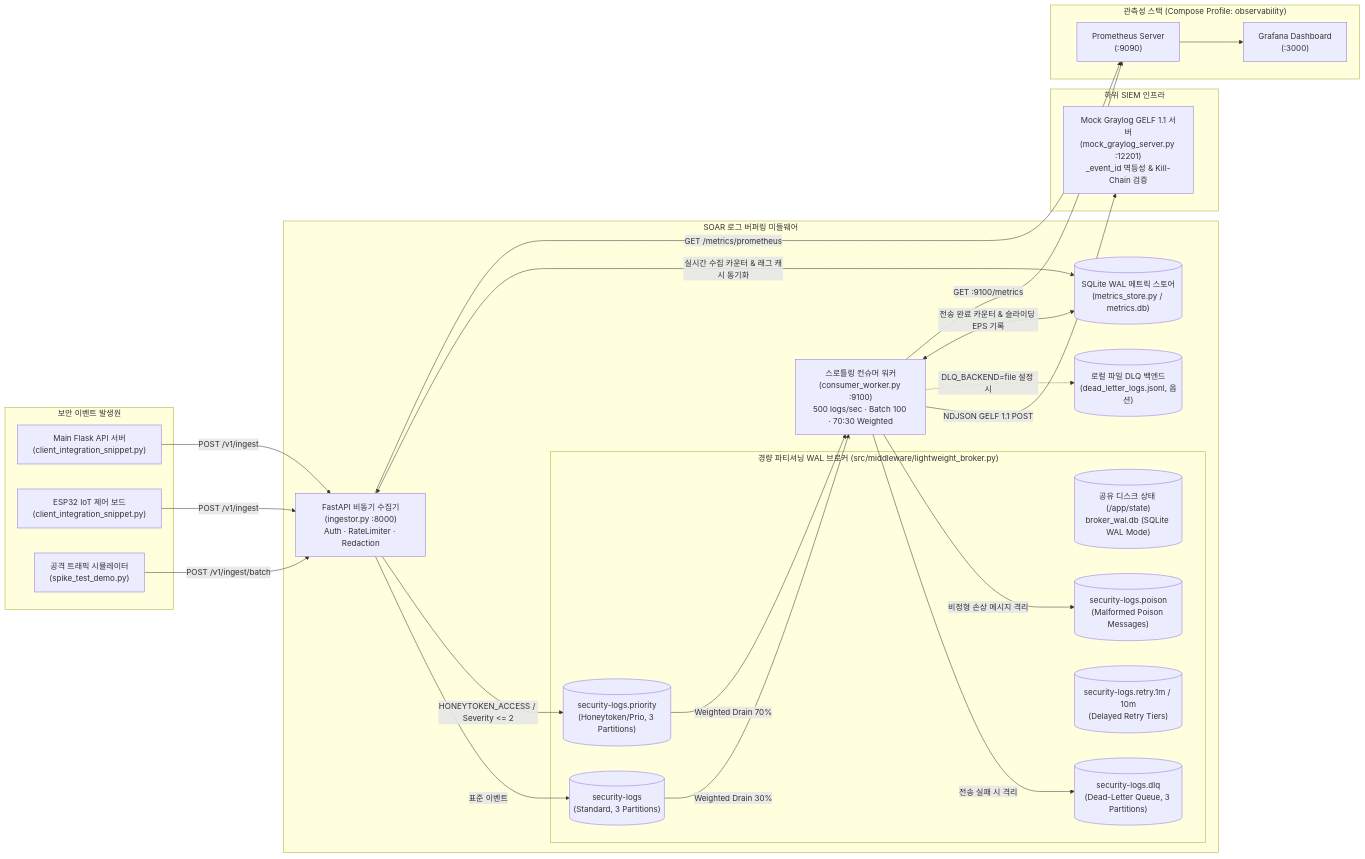
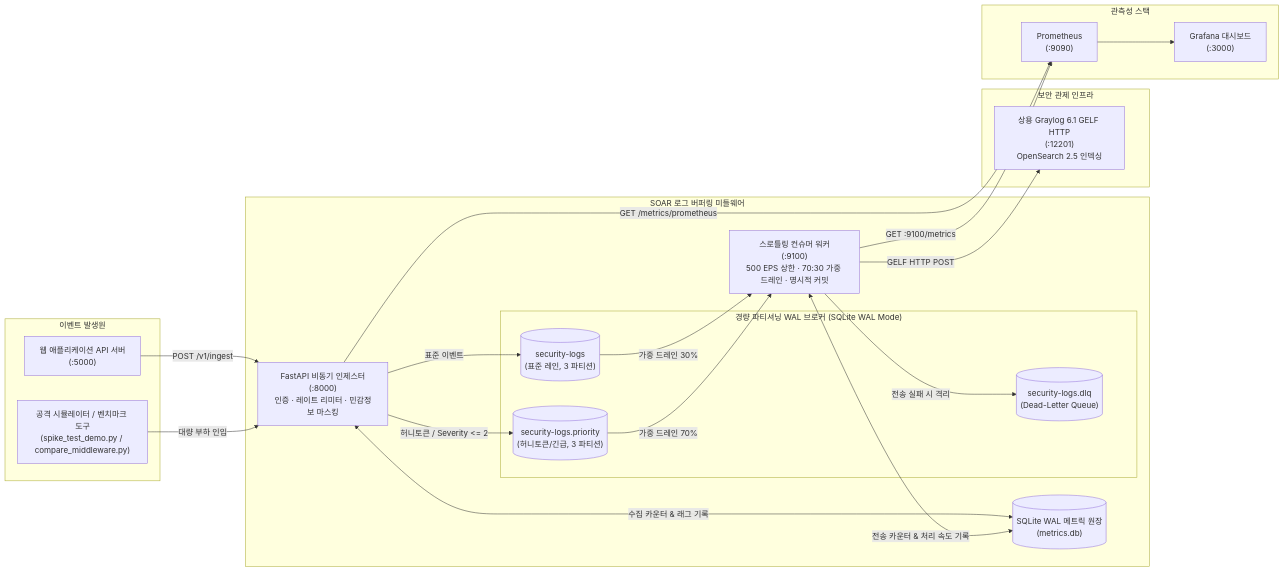
One commit to altdmfk/network-team03 changed the diagram in scenario2-middleware/README.md. Above: the diagram before and after it, drawn with Mermaid. The commit also changed other lines of this file and 1 other file, not shown here.

Commit message:
docs(middleware): README 벤치마크 실측 최신화 및 개발 일지 기술 중심 정비

````diff
--- a/scenario2-middleware/README.md
+++ b/scenario2-middleware/README.md
@@ -126,51 +108,43 @@
 ```mermaid
 flowchart LR
-    subgraph Producers["보안 이벤트 발생원"]
-        A["Main Flask API 서버<br/>(client_integration_snippet.py)"]
-        B["ESP32 IoT 제어 보드<br/>(client_integration_snippet.py)"]
-        C["공격 트래픽 시뮬레이터<br/>(spike_test_demo.py)"]
+    subgraph Producers["이벤트 발생원"]
+        A["웹 애플리케이션 API 서버<br/>(:5000)"]
+        B["공격 시뮬레이터 / 벤치마크 도구<br/>(spike_test_demo.py / compare_middleware.py)"]
     end
 
     subgraph Middleware["SOAR 로그 버퍼링 미들웨어"]
-        D["FastAPI 비동기 수집기<br/>(ingestor.py :8000)<br/>Auth · RateLimiter · Redaction"]
+        D["FastAPI 비동기 인제스터<br/>(:8000)<br/>인증 · 레이트 리미터 · 민감정보 마스킹"]
         
-        subgraph LightweightBroker["경량 파티셔닝 WAL 브로커 (src/middleware/lightweight_broker.py)"]
-            E0[("공유 디스크 상태 (/app/state)<br/>broker_wal.db (SQLite WAL Mode)")]
-            E1[("security-logs<br/>(Standard, 3 Partitions)")]
-            E2[("security-logs.priority<br/>(Honeytoken/Prio, 3 Partitions)")]
-            E3[("security-logs.dlq<br/>(Dead-Letter Queue, 3 Partitions)")]
-            E4[("security-logs.retry.1m / 10m<br/>(Delayed Retry Tiers)")]
-            E5[("security-logs.poison<br/>(Malformed Poison Messages)")]
+        subgraph LightweightBroker["경량 파티셔닝 WAL 브로커 (SQLite WAL Mode)"]
+            E1[("security-logs<br/>(표준 레인, 3 파티션)")]
+            E2[("security-logs.priority<br/>(허니토큰/긴급, 3 파티션)")]
+            E3[("security-logs.dlq<br/>(Dead-Letter Queue)")]
         end
 
-        F["스로틀링 컨슈머 워커<br/>(consumer_worker.py :9100)<br/>500 logs/sec · Batch 100 · 70:30 Weighted"]
-        G[("SQLite WAL 메트릭 스토어<br/>(metrics_store.py / metrics.db)")]
-        H[("로컬 파일 DLQ 백엔드<br/>(dead_letter_logs.jsonl, 옵션)")]
+        F["스로틀링 컨슈머 워커<br/>(:9100)<br/>500 EPS 상한 · 70:30 가중 드레인 · 명시적 커밋"]
+        G[("SQLite WAL 메트릭 원장<br/>(metrics.db)")]
     end
 
-    subgraph SIEM["하위 SIEM 인프라"]
-        I["Mock Graylog GELF 1.1 서버<br/>(mock_graylog_server.py :12201)<br/>_event_id 멱등성 & Kill-Chain 검증"]
+    subgraph SIEM["보안 관제 인프라"]
+        I["상용 Graylog 6.1 GELF HTTP<br/>(:12201)<br/>OpenSearch 2.5 인덱싱"]
     end
 
-    subgraph Observability["관측성 스택 (Compose Profile: observability)"]
-        J["Prometheus Server<br/>(:9090)"]
-        K["Grafana Dashboard<br/>(:3000)"]
+    subgraph Observability["관측성 스택"]
+        J["Prometheus<br/>(:9090)"]
+        K["Grafana 대시보드<br/>(:3000)"]
     end
 
     A -->|POST /v1/ingest| D
-    B -->|POST /v1/ingest| D
-    C -->|POST /v1/ingest/batch| D
+    B -->|대량 부하 인입| D
     D -->|표준 이벤트| E1
-    D -->|HONEYTOKEN_ACCESS / Severity <= 2| E2
-    E1 -->|Weighted Drain 30%| F
-    E2 -->|Weighted Drain 70%| F
-    F -->|NDJSON GELF 1.1 POST| I
+    D -->|허니토큰 / Severity <= 2| E2
+    E1 -->|가중 드레인 30%| F
+    E2 -->|가중 드레인 70%| F
+    F -->|GELF HTTP POST| I
     F -->|전송 실패 시 격리| E3
-    F -.->|DLQ_BACKEND=file 설정 시| H
-    F -->|비정형 손상 메시지 격리| E5
-    D <-->|실시간 수집 카운터 & 래그 캐시 동기화| G
-    F <-->|전송 완료 카운터 & 슬라이딩 EPS 기록| G
+    D <-->|수집 카운터 & 래그 기록| G
+    F <-->|전송 카운터 & 처리 속도 기록| G
     D -->|GET /metrics/prometheus| J
     F -->|GET :9100/metrics| J
     J --> K
 ```
````
